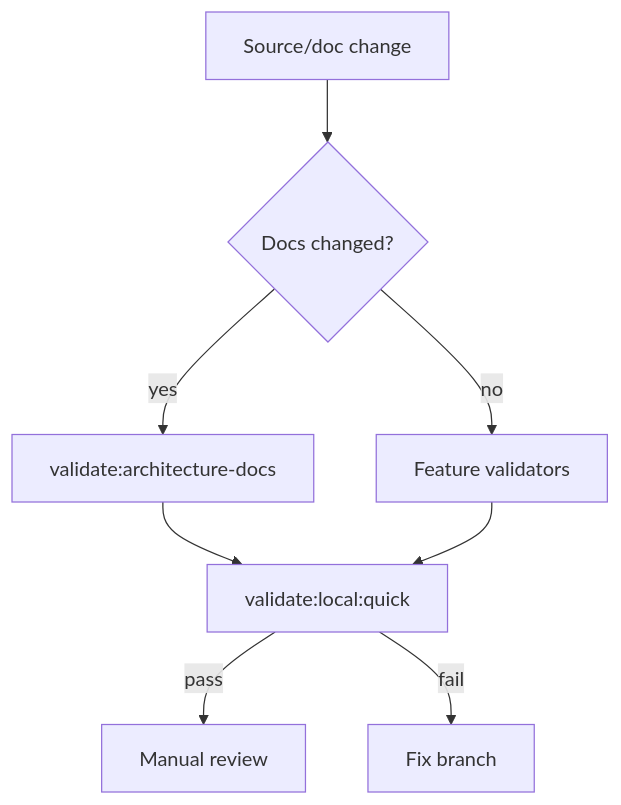
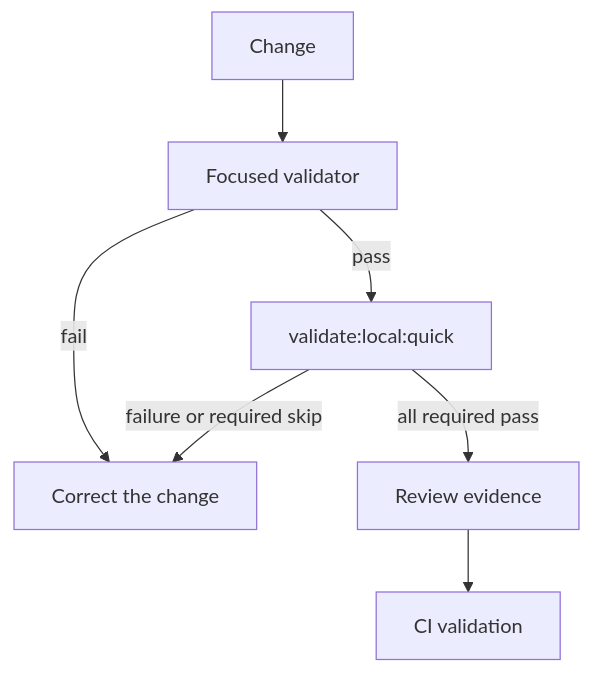
Before and after one commit to krestosa/Crystal: the diagram in docs/architecture/flows/validation-flow.md, drawn with Mermaid. The commit also changed other lines of this file and 60 other files, not shown here.

````diff
--- a/docs/architecture/flows/validation-flow.md
+++ b/docs/architecture/flows/validation-flow.md
@@ -66,10 +13,9 @@
 ```mermaid
 flowchart TD
-  Change[Source/doc change] --> Docs{Docs changed?}
-  Docs -->|yes| DocsValidator[validate:architecture-docs]
-  Docs -->|no| SourceValidators[Feature validators]
-  DocsValidator --> Quick[validate:local:quick]
-  SourceValidators --> Quick
-  Quick -->|pass| Review[Manual review]
-  Quick -->|fail| Fix[Fix branch]
+  Change[Change] --> Focused[Focused validator]
+  Focused -->|pass| Quick[validate:local:quick]
+  Focused -->|fail| Repair[Correct the change]
+  Quick -->|all required pass| Review[Review evidence]
+  Quick -->|failure or required skip| Repair
+  Review --> CI[CI validation]
 ```
````
